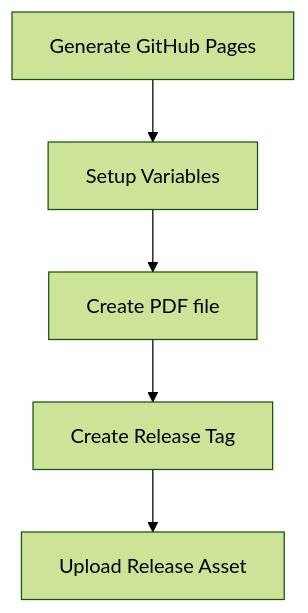
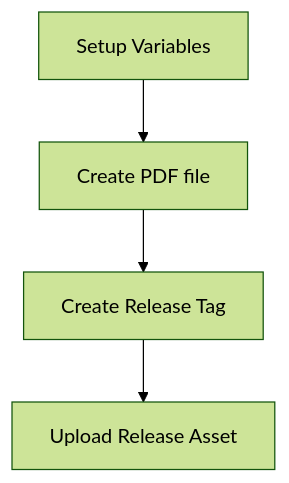
One commit to doctor500/cv changed the diagram in README.md. Above: the diagram before and after it, drawn with Mermaid (forest theme). The commit also changed other lines of this file and 1 other file, not shown here.

Commit message:
docs: update readme, CV section

````diff
--- a/README.md
+++ b/README.md
@@ -10,7 +11,6 @@
 ```mermaid
 graph TD;
-    A[Generate GitHub Pages]-->B[Setup Variables]
-    B[Setup Variables]-->C[Create PDF file]
-    C[Create PDF file]-->D[Create Release Tag]
-    D[Create Release Tag]-->E[Upload Release Asset]
+    A[Setup Variables]-->B[Create PDF file]
+    B[Create PDF file]-->C[Create Release Tag]
+    C[Create Release Tag]-->D[Upload Release Asset]
 ```
````
